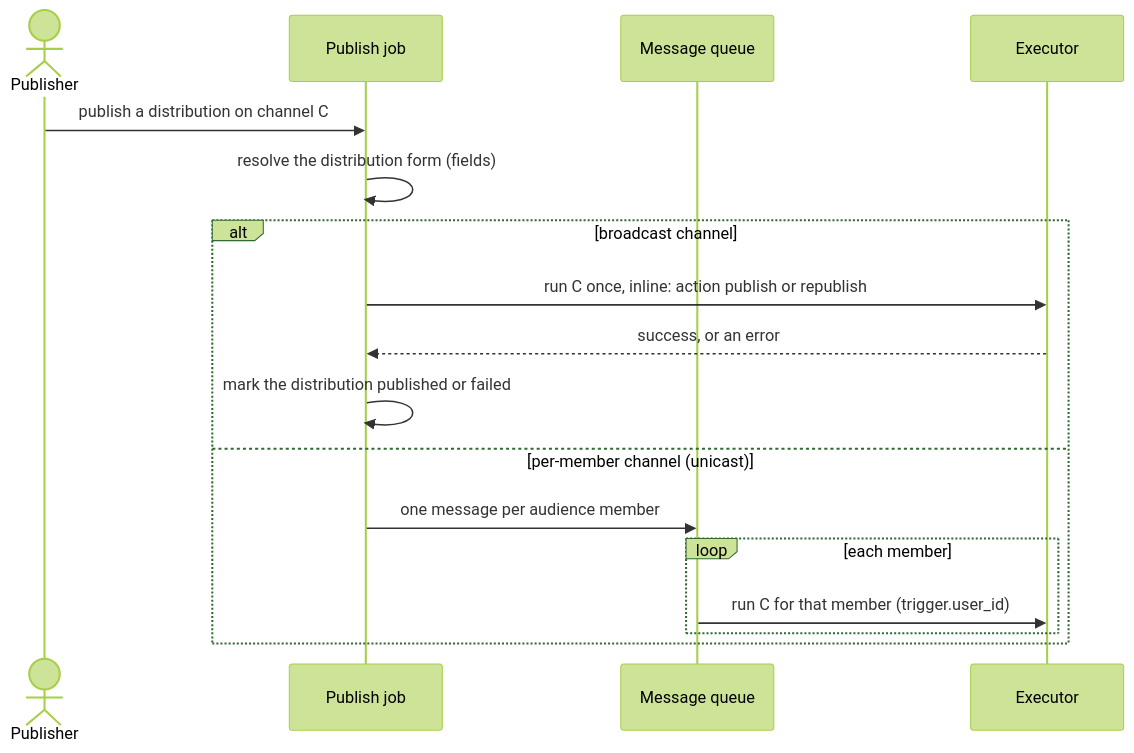
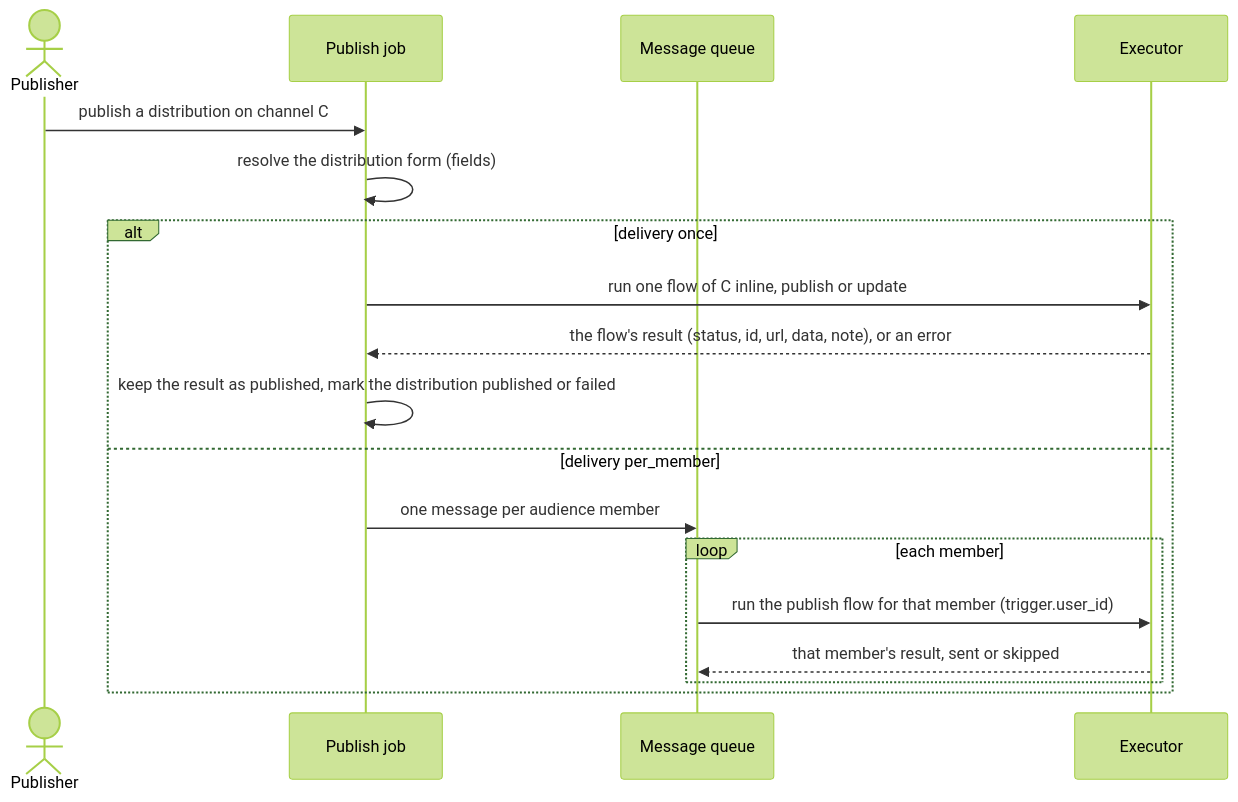
Before and after one commit to libatomic/passport-actions: the sixth of 6 diagrams in docs/PLUGIN-DEVELOPMENT-GUIDE.md, drawn with Mermaid (forest theme). The commit also changed other lines of this file and 16 other files, not shown here.

Commit message:
PSPT-940 PSPT-1003: guide: channel flows with fixed results, delivery and audience, the delivery log, permanence; opt-in and opt-out specified; say admin, not staff

````diff
--- a/docs/PLUGIN-DEVELOPMENT-GUIDE.md
+++ b/docs/PLUGIN-DEVELOPMENT-GUIDE.md
@@ -254,19 +260,20 @@
 ```mermaid
 sequenceDiagram
   actor P as Publisher
   participant D as Publish job
   participant M as Message queue
   participant X as Executor
   P->>D: publish a distribution on channel C
   D->>D: resolve the distribution form (fields)
-  alt broadcast channel
-    D->>X: run C once, inline: action publish or republish
-    X-->>D: success, or an error
-    D->>D: mark the distribution published or failed
-  else per-member channel (unicast)
+  alt delivery once
+    D->>X: run one flow of C inline, publish or update
+    X-->>D: the flow's result (status, id, url, data, note), or an error
+    D->>D: keep the result as published, mark the distribution published or failed
+  else delivery per_member
     D->>M: one message per audience member
     loop each member
-      M->>X: run C for that member (trigger.user_id)
+      M->>X: run the publish flow for that member (trigger.user_id)
+      X-->>M: that member's result, sent or skipped
     end
   end
 ```
````
